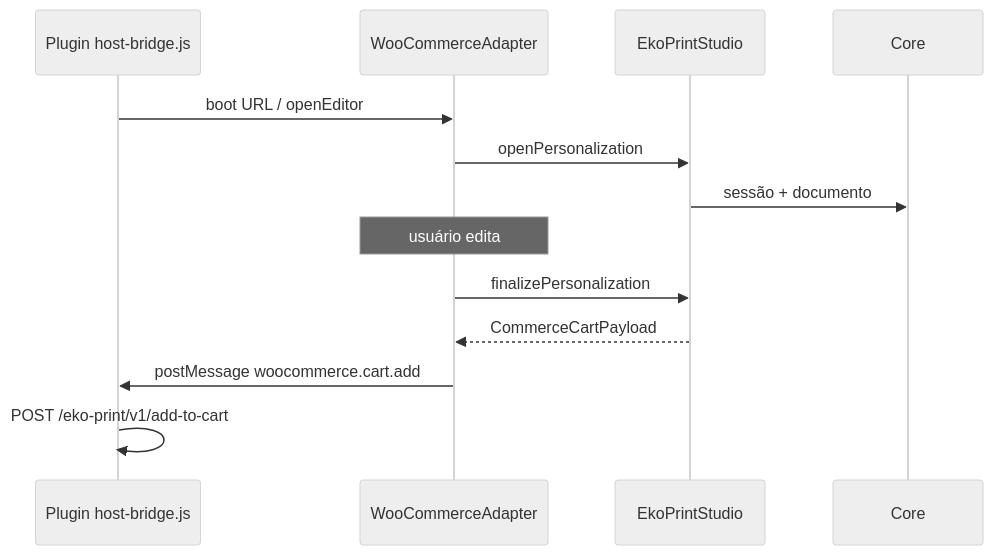
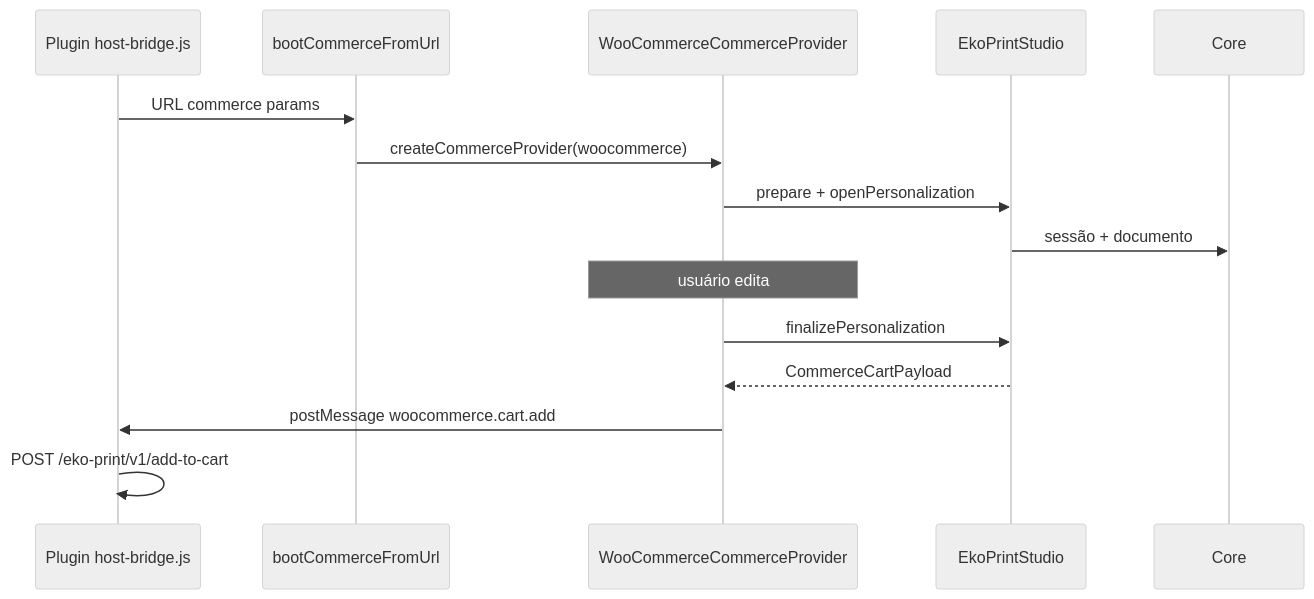
One commit to alexsulino/eko-print-studio changed the first of 2 diagrams in docs/adapters/woocommerce.md. Above: the diagram before and after it, drawn with Mermaid (neutral theme). The commit also changed other lines of this file and 87 other files, not shown here.

Commit message:
feat(core): complete provider architecture and commerce abstraction

````diff
--- a/docs/adapters/woocommerce.md
+++ b/docs/adapters/woocommerce.md
@@ -38,16 +118,18 @@
 ```mermaid
 sequenceDiagram
   participant Plugin as Plugin host-bridge.js
-  participant Adapter as WooCommerceAdapter
+  participant Boot as bootCommerceFromUrl
+  participant Provider as WooCommerceCommerceProvider
   participant SDK as EkoPrintStudio
   participant Core as Core
 
-  Plugin->>Adapter: boot URL / openEditor
-  Adapter->>SDK: openPersonalization
+  Plugin->>Boot: URL commerce params
+  Boot->>Provider: createCommerceProvider(woocommerce)
+  Provider->>SDK: prepare + openPersonalization
   SDK->>Core: sessão + documento
-  Note over Adapter: usuário edita
-  Adapter->>SDK: finalizePersonalization
-  SDK-->>Adapter: CommerceCartPayload
-  Adapter->>Plugin: postMessage woocommerce.cart.add
+  Note over Provider: usuário edita
+  Provider->>SDK: finalizePersonalization
+  SDK-->>Provider: CommerceCartPayload
+  Provider->>Plugin: postMessage woocommerce.cart.add
   Plugin->>Plugin: POST /eko-print/v1/add-to-cart
 ```
````
